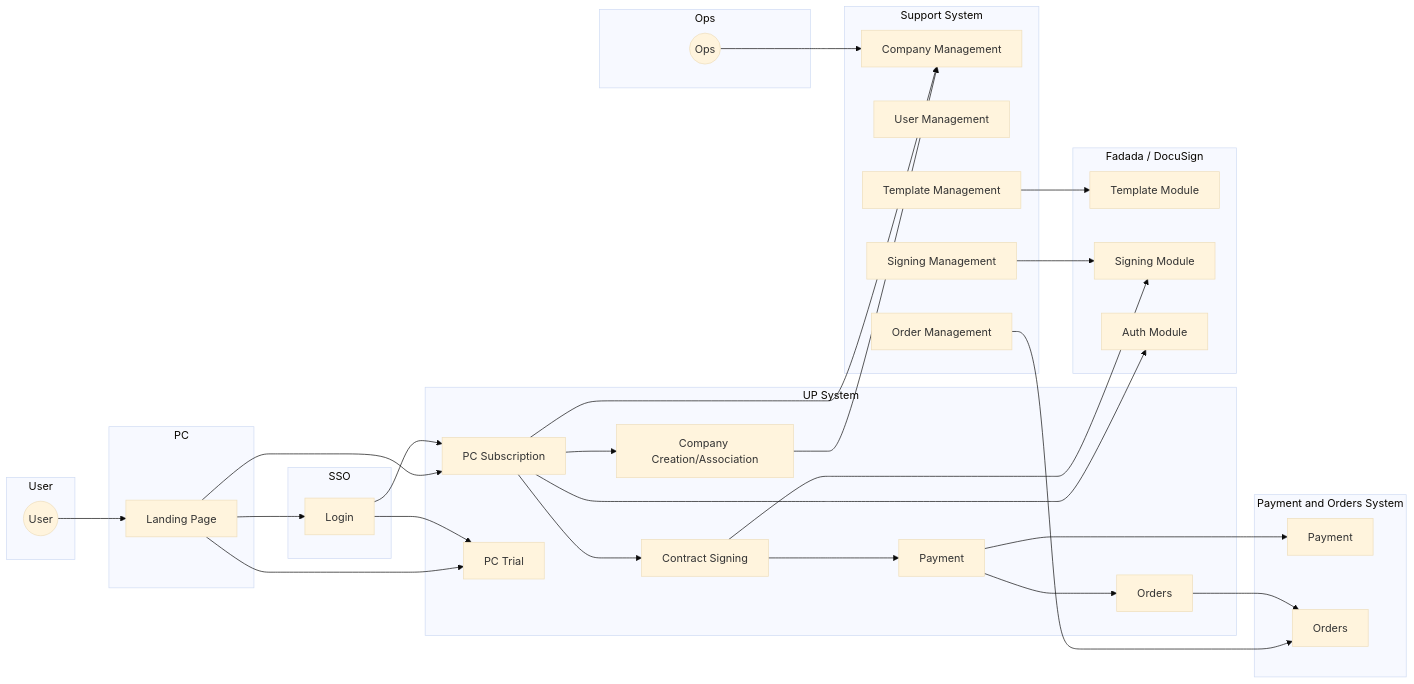
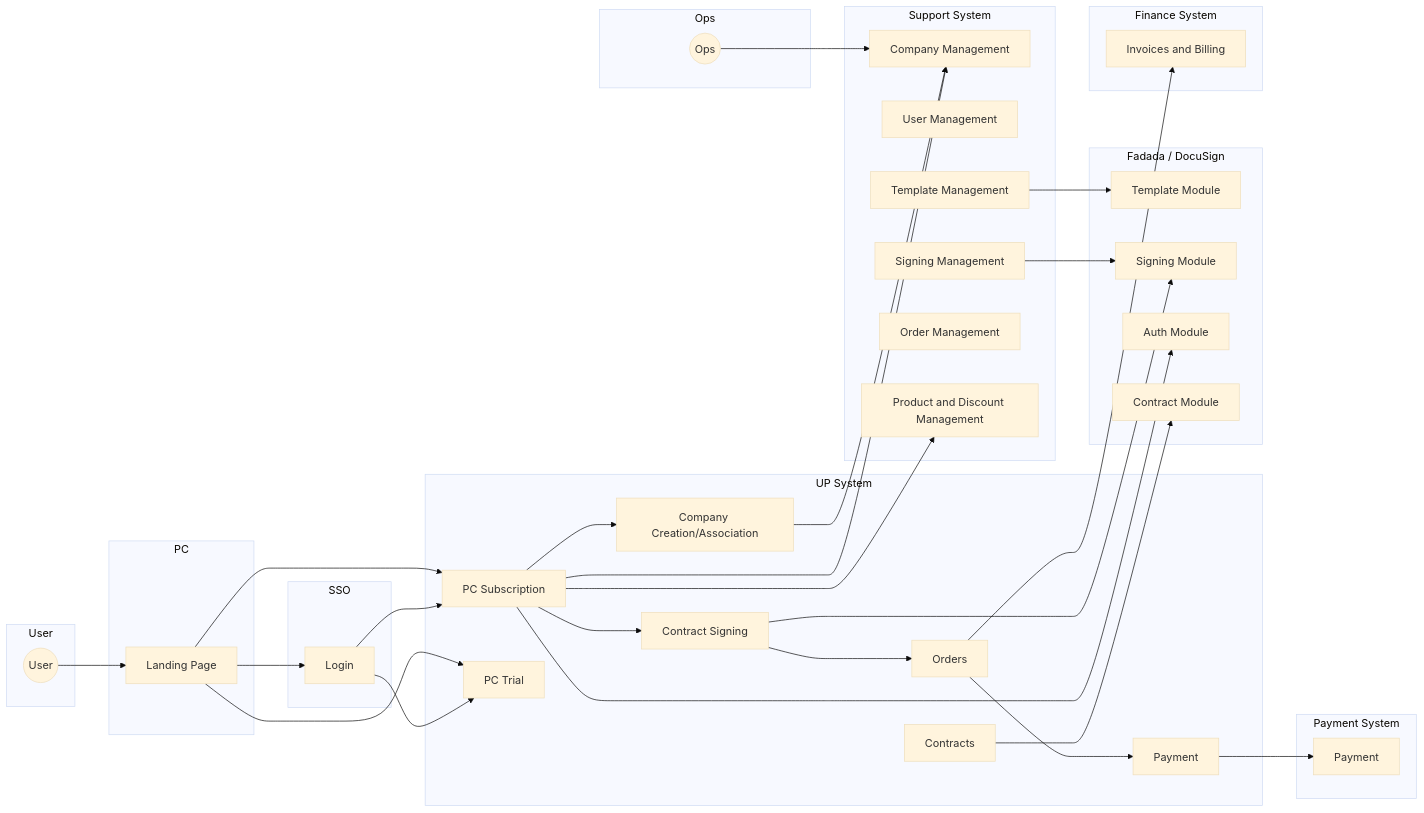
One commit to leonwgc/ant-admin-template changed the diagram in arc.mmd. Above: the diagram before and after it, drawn with Mermaid (base theme).

Commit message:
chore: add finance

```diff
--- a/arc.mmd
+++ b/arc.mmd
@@ -1,57 +1,63 @@
 graph LR;
     subgraph User
         U((User))
     end
     subgraph PC
         A0[Landing Page]
     end
     subgraph SSO
         B1[Login]
     end
     subgraph UP System
         C0[Company Creation/Association]
         C1[PC Subscription]
         C2[PC Trial]
         C3[Contract Signing]
-        C4[Payment]
-        C5[Orders]
+        C4[Orders]
+        C5[Payment]
+        C6[Contracts]
     end
     subgraph Fadada / DocuSign
        D0[Template Module]
        D1[Signing Module]
        D2[Auth Module]
+       D3[Contract Module]
     end
     subgraph Ops
      O((Ops))
     end
     subgraph Support System
         E0[Company Management]
         E1[User Management]
         E2[Template Management]
         E3[Signing Management]
         E4[Order Management]
+        E5[Product and Discount Management]
     end
-    subgraph Payment and Orders System
+    subgraph Payment System
      F0[Payment]
-     F1[Orders]
+    end
+    subgraph Finance System
+     G0[Invoices and Billing]
     end
     C1 --> C0;
     C0 --> E0;
     E3 --> D1;
     E2 --> D0;
     A0 --> C1;
     A0 --> C2;
     A0 --> B1;
     B1 --> C1;
     B1 --> C2;
     C1 --> D2;
     C1 --> C3;
     C3 --> C4;
     C4 --> C5;
     C3 --> D1;
-    C4 --> F0;
-    E4 --> F1;
-    C5 --> F1;
+    C5 --> F0;
     C1 --> E0;
     U --> A0;
     O --> E0;
+    C1--> E5;
+    C4--> G0;
+    C6--> D3;
```
